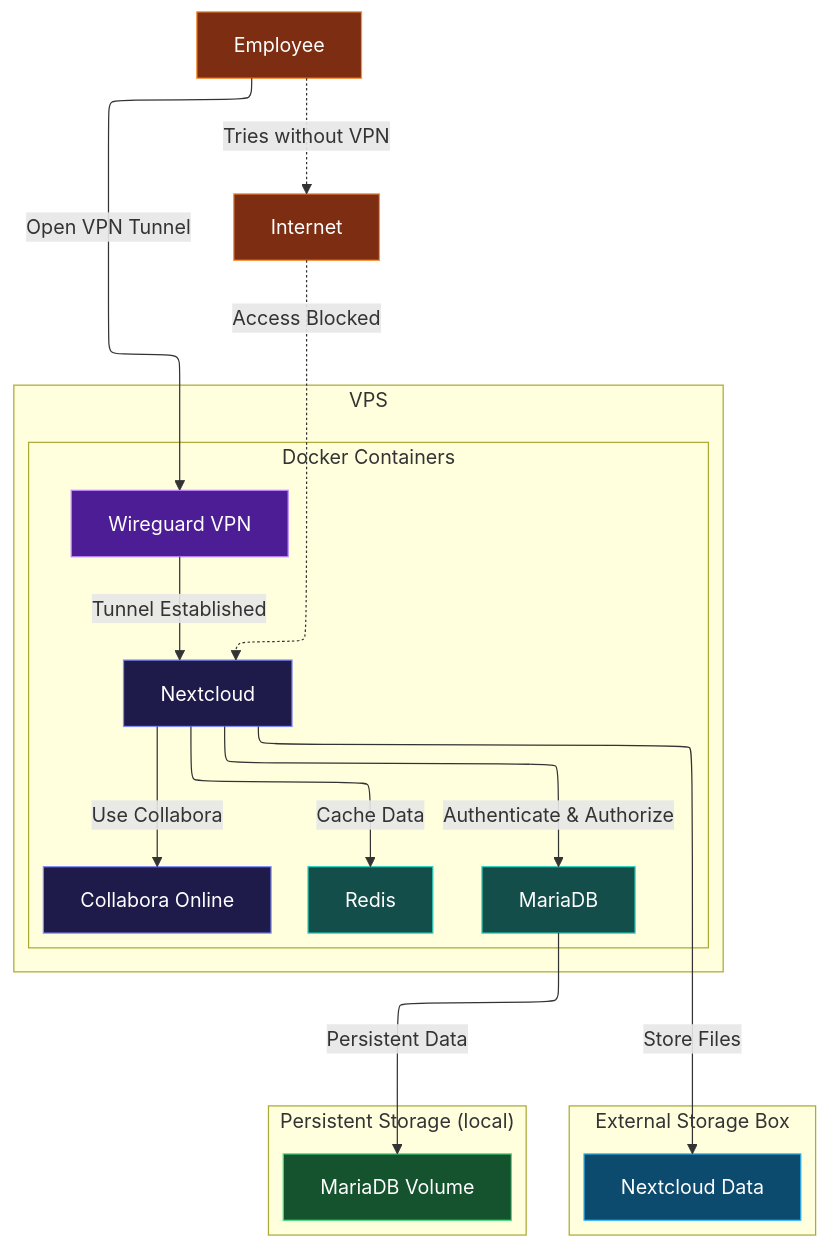
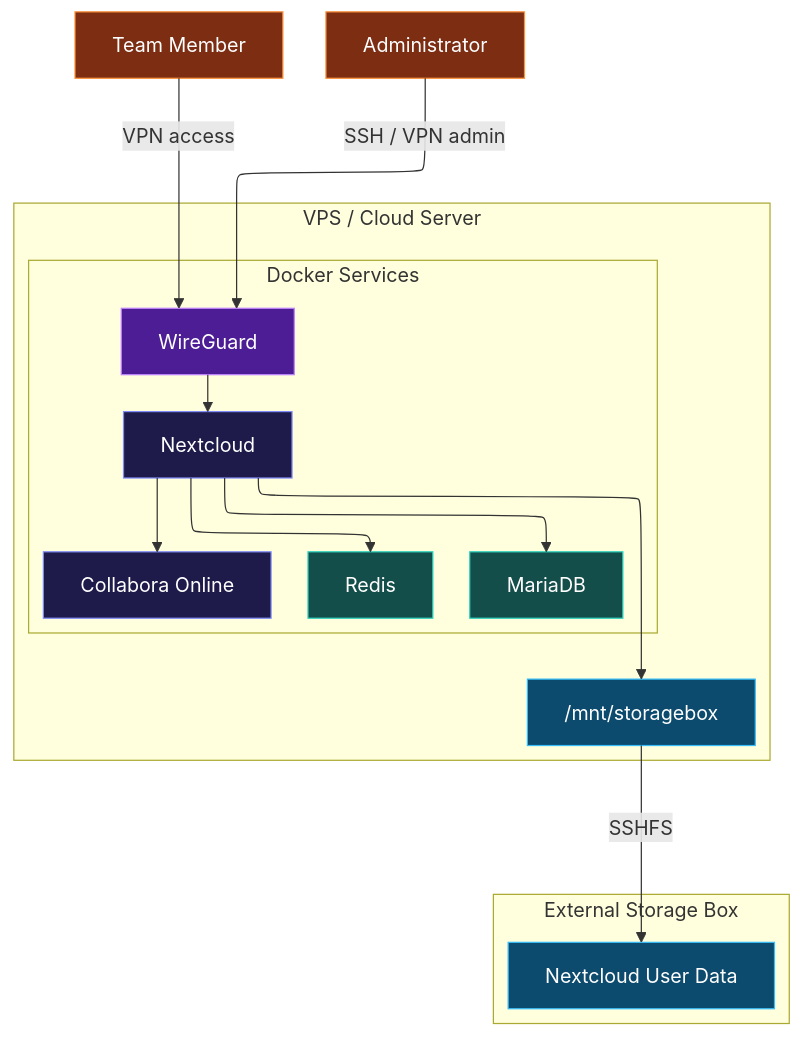
One commit to andretaborda1806/AGRUPA-cloud changed the diagram in README.md. Above: the diagram before and after it, drawn with Mermaid. The commit also changed other lines of this file, not shown here.

````diff
--- a/README.md
+++ b/README.md
@@ -27,52 +32,47 @@
 ```mermaid
 ---
 config:
   layout: elk
 ---
 flowchart TB
-    subgraph VPS["VPS"]
-        subgraph Containers["Docker Containers"]
-            WG["Wireguard VPN"]
+    USER["Team Member"]
+    ADMIN["Administrator"]
+
+    subgraph VPS["VPS / Cloud Server"]
+        subgraph DOCKER["Docker Services"]
+            WG["WireGuard"]
             NC["Nextcloud"]
-            MDB["MariaDB"]
-            RD["Redis"]
-            CO["Collabora Online"]
+            DB["MariaDB"]
+            REDIS["Redis"]
+            COL["Collabora Online"]
         end
+
+        MOUNT["/mnt/storagebox"]
     end
 
-    subgraph ExternalStorage["External Storage Box"]
-        NCDATA["Nextcloud Data"]
+    subgraph STORAGE["External Storage Box"]
+        DATA["Nextcloud User Data"]
     end
 
-    subgraph Storage["Persistent Storage (local)"]
-        VOL["MariaDB Volume"]
-    end
+    USER -->|VPN access| WG
+    ADMIN -->|SSH / VPN admin| WG
 
-    EMP["Employee"]
-    INT["Internet"]
+    WG --> NC
+    NC --> DB
+    NC --> REDIS
+    NC --> COL
+    NC --> MOUNT
+    MOUNT -->|SSHFS| DATA
 
-    EMP -->|Open VPN Tunnel| WG
-    WG -->|Tunnel Established| NC
-    NC -->|Authenticate & Authorize| MDB
-    NC -->|Store Files| NCDATA
-    MDB -->|Persistent Data| VOL
-    NC -->|Cache Data| RD
-    NC -->|Use Collabora| CO
-    EMP -.->|Tries without VPN| INT
-    INT -.->|Access Blocked| NC
+    classDef vpn stroke:#c084fc,fill:#4c1d95,color:#ffffff
+    classDef app stroke:#818cf8,fill:#1e1b4b,color:#ffffff
+    classDef data stroke:#2dd4bf,fill:#134e4a,color:#ffffff
+    classDef storage stroke:#38bdf8,fill:#0c4a6e,color:#ffffff
+    classDef user stroke:#fb923c,fill:#7c2d12,color:#ffffff
 
-    %% Color definitions optimized for GitHub dark mode
-    classDef vpnContainer stroke:#c084fc,fill:#4c1d95,color:#ffffff
-    classDef dataContainer stroke:#2dd4bf,fill:#134e4a,color:#ffffff
-    classDef appContainer stroke:#818cf8,fill:#1e1b4b,color:#ffffff
-    classDef storage stroke:#4ade80,fill:#14532d,color:#ffffff
-    classDef external stroke:#fb923c,fill:#7c2d12,color:#ffffff
-    classDef externalStorage stroke:#38bdf8,fill:#0c4a6e,color:#ffffff
-
-    class WG vpnContainer
-    class MDB,RD dataContainer
-    class NC,CO appContainer
-    class VOL storage
-    class NCDATA externalStorage
-    class EMP,INT external
+    class WG vpn
+    class NC,COL app
+    class DB,REDIS data
+    class MOUNT,DATA storage
+    class USER,ADMIN user
 ```
````
